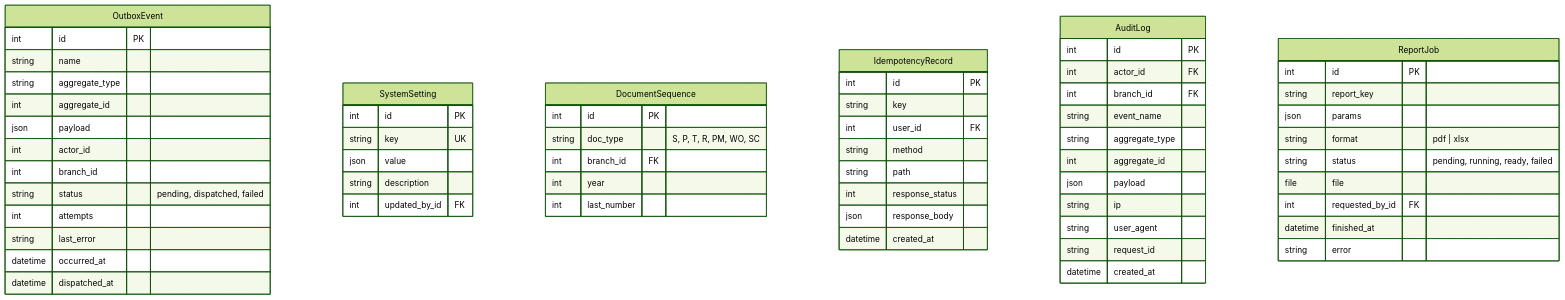
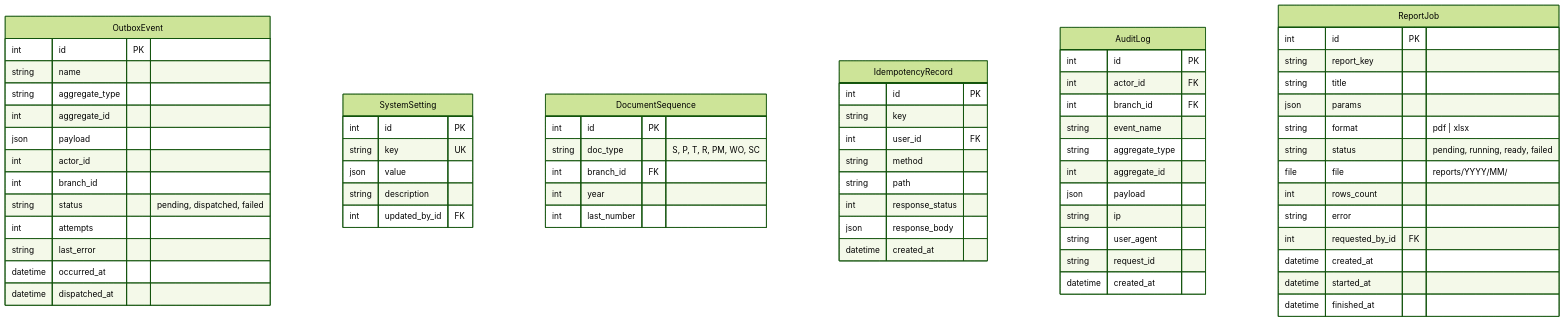
Diagram 11 of 11 in docs/er-diagram.md (RaxmonovIlhombek/sevento_back), drawn with Mermaid (forest theme) before and after one commit. The commit also changed 7 other files, not shown here.

````diff
--- a/docs/er-diagram.md
+++ b/docs/er-diagram.md
@@ -900,65 +900,69 @@
 ```mermaid
 erDiagram
   OutboxEvent {
     int id PK
     string name
     string aggregate_type
     int aggregate_id
     json payload
     int actor_id
     int branch_id
     string status "pending, dispatched, failed"
     int attempts
     string last_error
     datetime occurred_at
     datetime dispatched_at
   }
   SystemSetting {
     int id PK
     string key UK
     json value
     string description
     int updated_by_id FK
   }
   DocumentSequence {
     int id PK
     string doc_type "S, P, T, R, PM, WO, SC"
     int branch_id FK
     int year
     int last_number
   }
   IdempotencyRecord {
     int id PK
     string key
     int user_id FK
     string method
     string path
     int response_status
     json response_body
     datetime created_at
   }
   AuditLog {
     int id PK
     int actor_id FK
     int branch_id FK
     string event_name
     string aggregate_type
     int aggregate_id
     json payload
     string ip
     string user_agent
     string request_id
     datetime created_at
   }
   ReportJob {
     int id PK
     string report_key
+    string title
     json params
     string format "pdf | xlsx"
     string status "pending, running, ready, failed"
-    file file
+    file file "reports/YYYY/MM/"
+    int rows_count
+    string error
     int requested_by_id FK
+    datetime created_at
+    datetime started_at
     datetime finished_at
-    string error
   }
 ```
````
